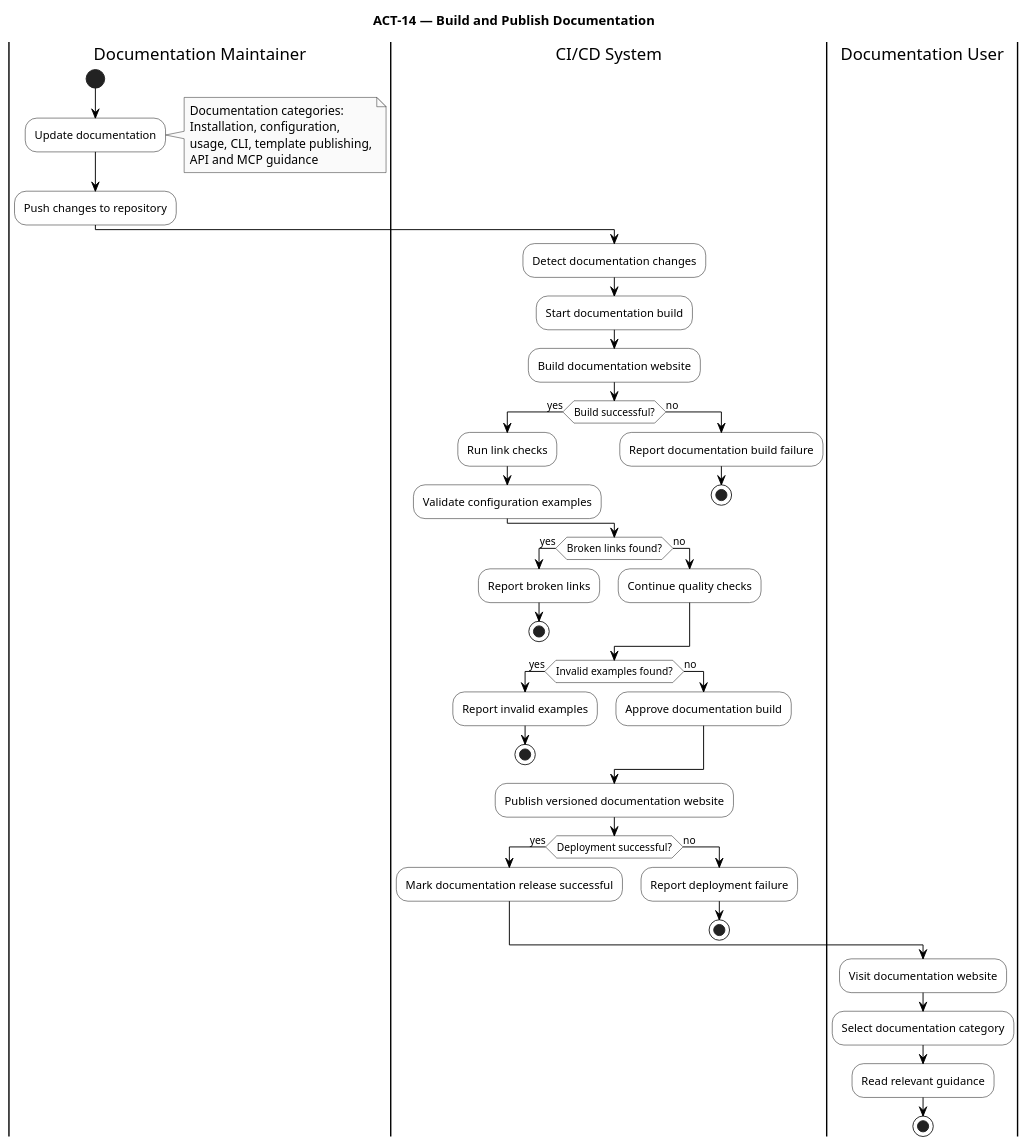
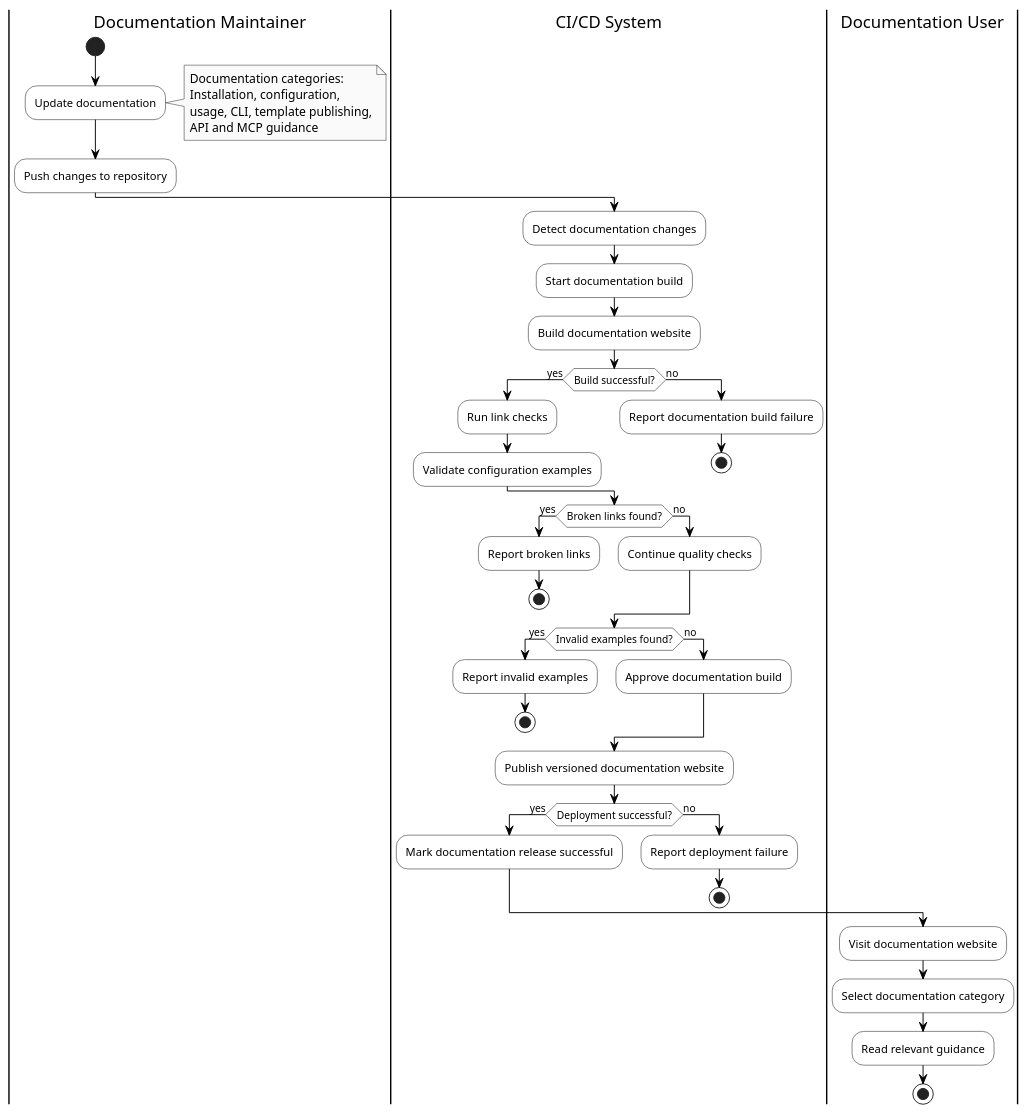
The diagram in diagrams/puml/activity/14-documentation.puml (Litho-MD/uet-fyp-docs), drawn with PlantUML before and after one commit. The commit also changed 109 other files, not shown here.

First line of the commit message:
Add TikZ support for UML diagrams and refine document structure

```diff
--- a/diagrams/puml/activity/14-documentation.puml
+++ b/diagrams/puml/activity/14-documentation.puml
@@ -1,67 +1,65 @@
 @startuml
-title ACT-14 — Build and Publish Documentation
-
 skinparam monochrome true
 skinparam backgroundColor white
 skinparam shadowing false
 skinparam activity {
     BackgroundColor white
     BorderColor black
     FontColor black
     DiamondBackgroundColor white
     DiamondBorderColor black
 }
 skinparam ArrowColor black
 skinparam defaultFontColor black
 
 |Documentation Maintainer|
 start
 :Update documentation;
 note right
     Documentation categories:
     Installation, configuration,
     usage, CLI, template publishing,
     API and MCP guidance
 end note
 :Push changes to repository;
 
 |CI/CD System|
 :Detect documentation changes;
 :Start documentation build;
 :Build documentation website;
 if (Build successful?) then (yes)
     :Run link checks;
     :Validate configuration examples;
 else (no)
     :Report documentation build failure;
     stop
 endif
 
 if (Broken links found?) then (yes)
     :Report broken links;
     stop
 else (no)
     :Continue quality checks;
 endif
 
 if (Invalid examples found?) then (yes)
     :Report invalid examples;
     stop
 else (no)
     :Approve documentation build;
 endif
 
 :Publish versioned documentation website;
 if (Deployment successful?) then (yes)
     :Mark documentation release successful;
 else (no)
     :Report deployment failure;
     stop
 endif
 
 |Documentation User|
 :Visit documentation website;
 :Select documentation category;
 :Read relevant guidance;
 stop
 @enduml
```
